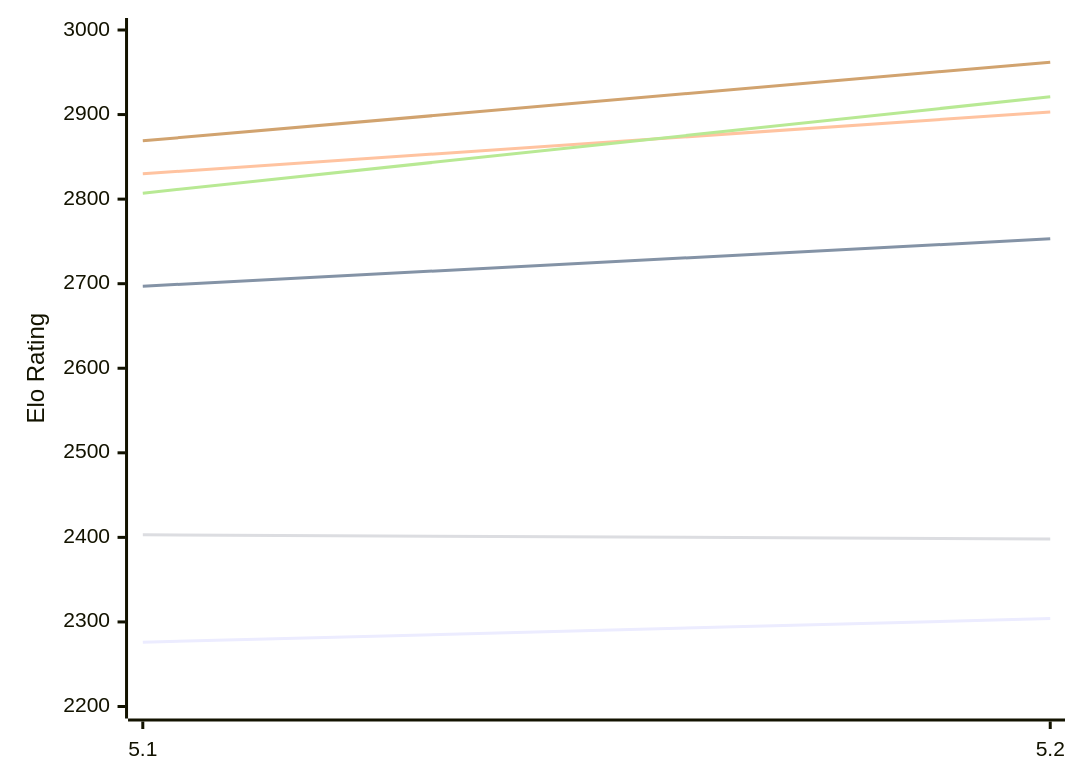
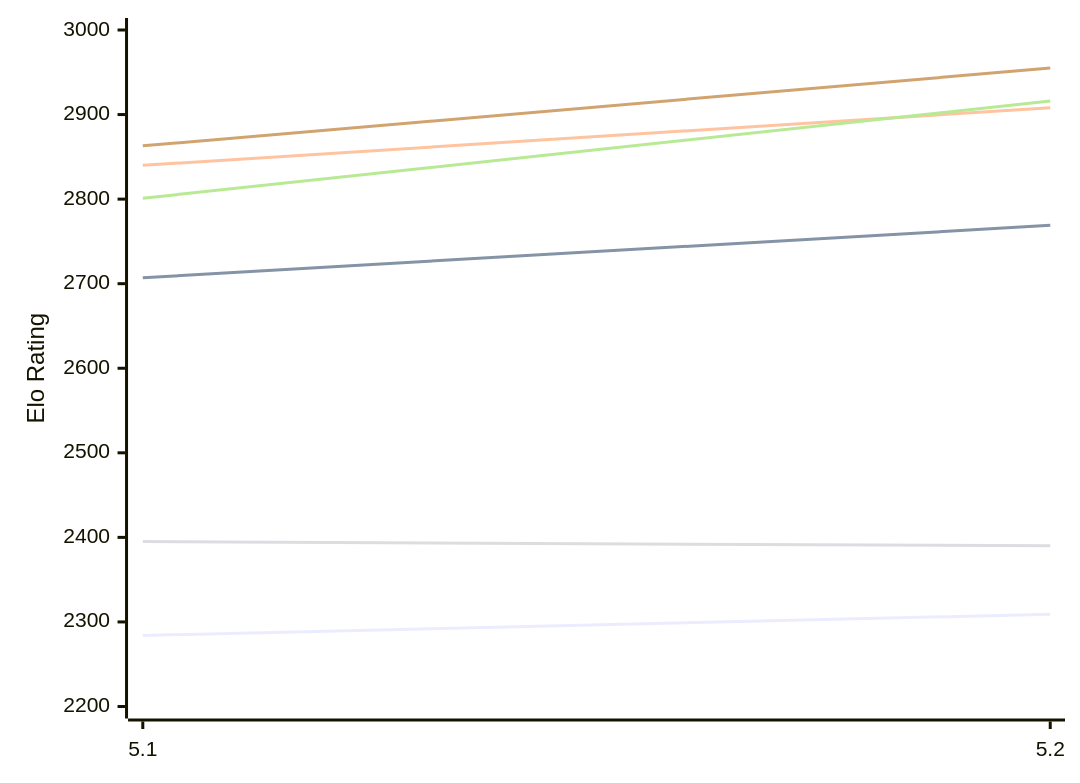
Before and after one commit to computer-chess-index/cci: the first of 2 diagrams in engines/Dorky.md, drawn with Mermaid. The commit also changed other lines of this file, not shown here.

Commit message:
Update CCI Ratings (ELO VLTC) - 2026-11-06

````diff
--- a/engines/Dorky.md
+++ b/engines/Dorky.md
@@ -50,12 +50,12 @@
 ```mermaid
 %%{init: {"theme":"base","themeVariables":{"seriesColors:['#a3a3a3','#222221','#faa371']}}}%%
 xychart-beta
   x-axis ["5.1", "5.2"]
   y-axis "Elo Rating" 2200 --> 3000
-  line "E1: STC (8.0+0.08s)" [2276, 2304]
-  line "E1: LTC (60.0+0.60s)" [2697, 2753]
-  line "E1: VLTC (2m24s+1.12s)" [2830, 2903]
-  line "P1: STC (8.0+0.08s)" [2403, 2398]
-  line "P1: LTC (60.0+0.60s)" [2807, 2921]
-  line "P1: VLTC (2m24s+1.12s)" [2869, 2962]
+  line "E1: STC (8.0+0.08s)" [2284, 2309]
+  line "E1: LTC (60.0+0.60s)" [2707, 2769]
+  line "E1: VLTC (2m24s+1.12s)" [2840, 2908]
+  line "P1: STC (8.0+0.08s)" [2395, 2390]
+  line "P1: LTC (60.0+0.60s)" [2801, 2916]
+  line "P1: VLTC (2m24s+1.12s)" [2863, 2955]
 ```
````
